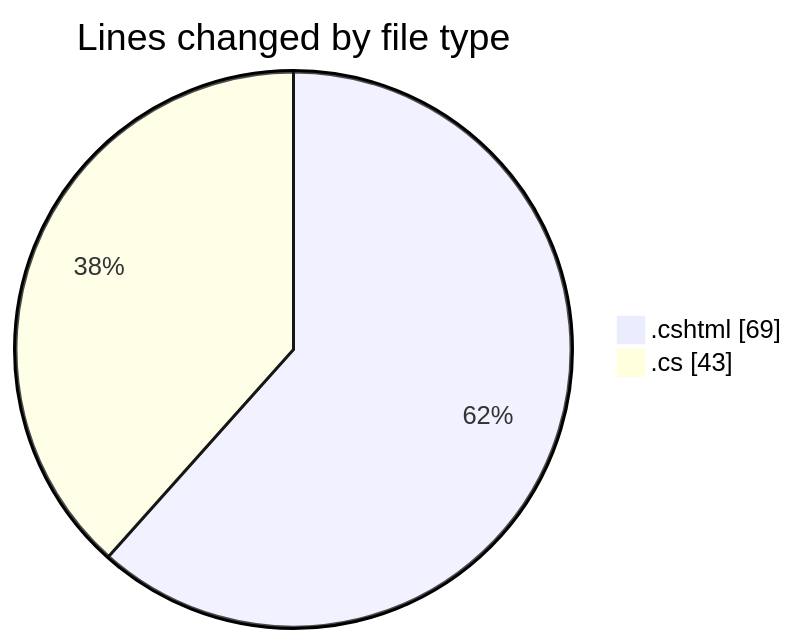
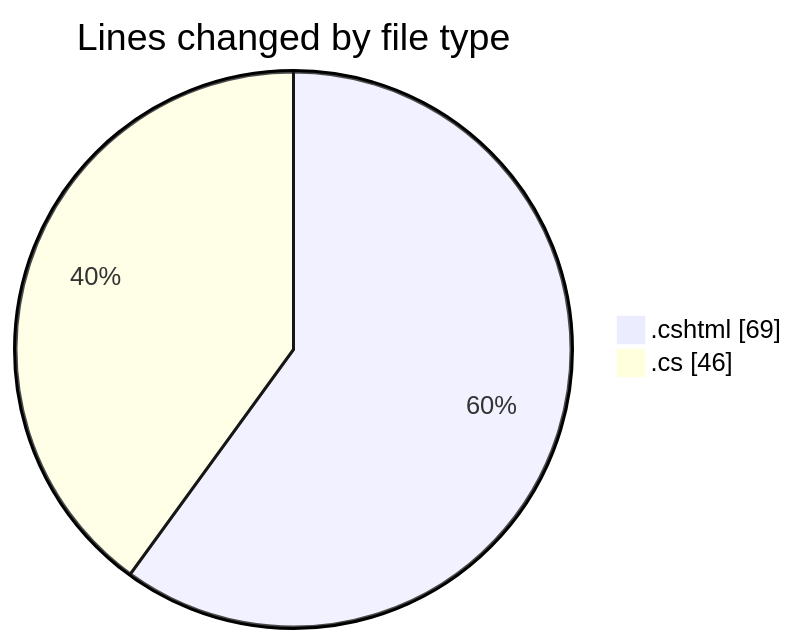
Before and after one commit to lephambinh05/code-tracking: the first of 2 diagrams in 2025-07-18/nhahang/README.md, drawn with Mermaid. The commit also changed other lines of this file and 1 other file, not shown here.

````diff
--- a/2025-07-18/nhahang/README.md
+++ b/2025-07-18/nhahang/README.md
@@ -25,6 +25,6 @@
 ```mermaid
 pie showData
 title Lines changed by file type
 ".cshtml" : 69
-".cs" : 43
+".cs" : 46
 ```
````
